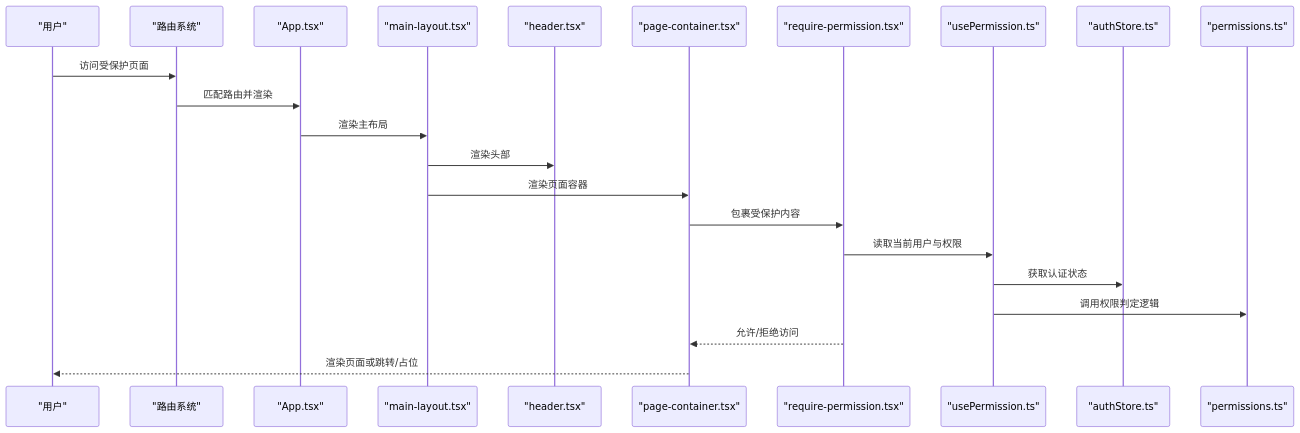
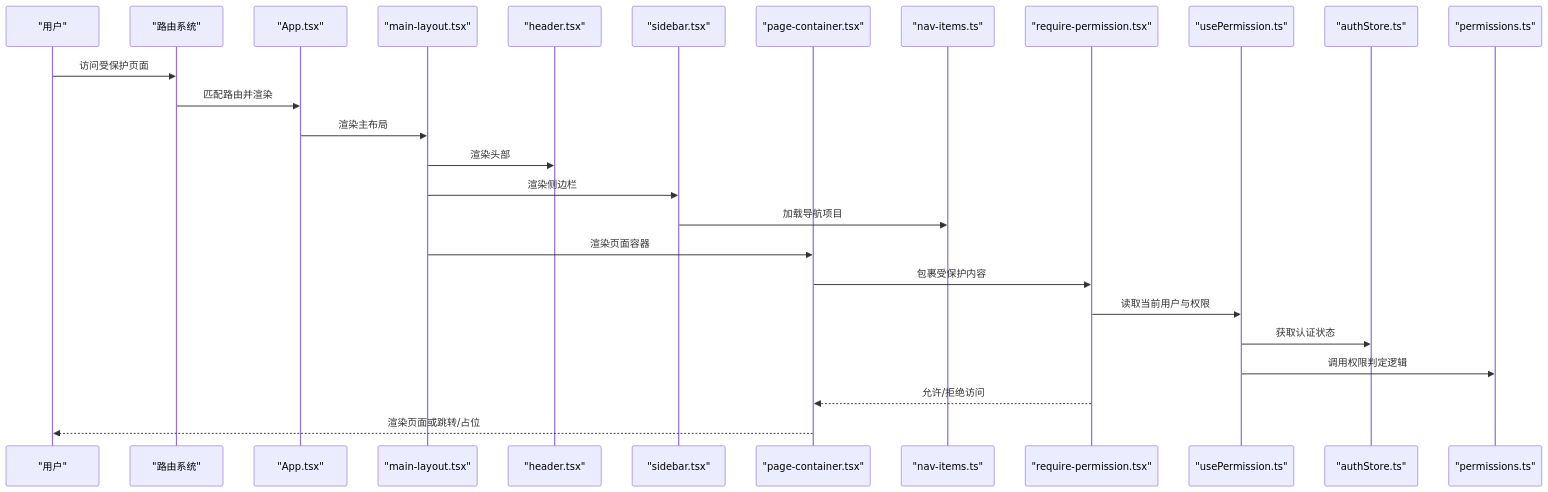
One commit to Damao997/newproject changed the second of 4 diagrams in .qoder/repowiki/zh/content/架构设计/组件架构/布局组件.md. Above: the diagram before and after it, drawn with Mermaid. The commit also changed other lines of this file and 23 other files, not shown here.

````diff
--- a/.qoder/repowiki/zh/content/架构设计/组件架构/布局组件.md
+++ b/.qoder/repowiki/zh/content/架构设计/组件架构/布局组件.md
@@ -99,24 +128,28 @@
 ```mermaid
 sequenceDiagram
 participant U as "用户"
 participant R as "路由系统"
 participant A as "App.tsx"
 participant M as "main-layout.tsx"
 participant H as "header.tsx"
+participant S as "sidebar.tsx"
 participant P as "page-container.tsx"
+participant N as "nav-items.ts"
 participant RP as "require-permission.tsx"
 participant UP as "usePermission.ts"
 participant AS as "authStore.ts"
 participant PL as "permissions.ts"
 U->>R : 访问受保护页面
 R->>A : 匹配路由并渲染
 A->>M : 渲染主布局
 M->>H : 渲染头部
+M->>S : 渲染侧边栏
+S->>N : 加载导航项目
 M->>P : 渲染页面容器
 P->>RP : 包裹受保护内容
 RP->>UP : 读取当前用户与权限
 UP->>AS : 获取认证状态
 UP->>PL : 调用权限判定逻辑
 RP-->>P : 允许/拒绝访问
 P-->>U : 渲染页面或跳转/占位
 ```
````
